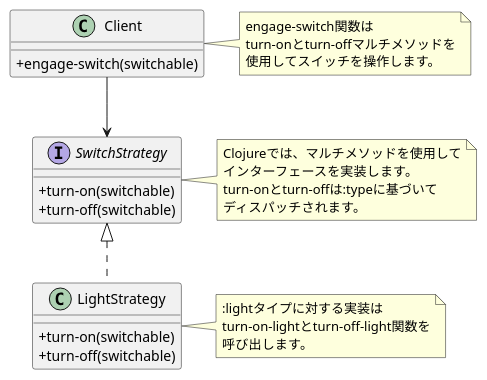
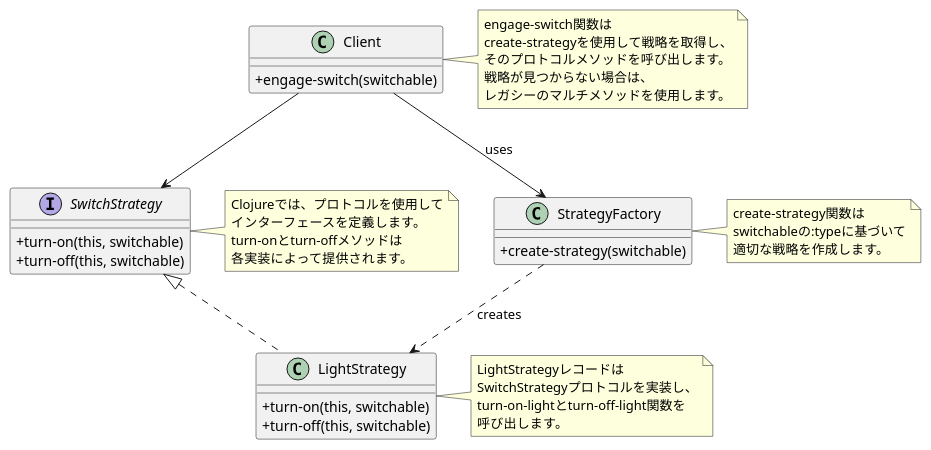
Before and after one commit to k2works/pragmatic-programing-exercise-2025: the first of 2 diagrams in app/design-pattern/README.md, drawn with PlantUML. The commit also changed other lines of this file and 3 other files, not shown here.

````diff
--- a/app/design-pattern/README.md
+++ b/app/design-pattern/README.md
@@ -39,41 +58,56 @@
 ```plantuml
 @startuml
 skinparam classAttributeIconSize 0
 
 interface "SwitchStrategy" as strategy {
-  +turn-on(switchable)
-  +turn-off(switchable)
+  +turn-on(this, switchable)
+  +turn-off(this, switchable)
 }
 
 class "LightStrategy" as light {
-  +turn-on(switchable)
-  +turn-off(switchable)
+  +turn-on(this, switchable)
+  +turn-off(this, switchable)
+}
+
+class "StrategyFactory" as factory {
+  +create-strategy(switchable)
 }
 
 class "Client" as client {
   +engage-switch(switchable)
 }
 
 strategy <|.. light
+factory ..> light : creates
 client --> strategy
+client --> factory : uses
 
 note right of strategy
-  Clojureでは、マルチメソッドを使用して
-  インターフェースを実装します。
-  turn-onとturn-offは:typeに基づいて
-  ディスパッチされます。
+  Clojureでは、プロトコルを使用して
+  インターフェースを定義します。
+  turn-onとturn-offメソッドは
+  各実装によって提供されます。
 end note
 
 note right of light
-  :lightタイプに対する実装は
+  LightStrategyレコードは
+  SwitchStrategyプロトコルを実装し、
   turn-on-lightとturn-off-light関数を
   呼び出します。
 end note
 
+note right of factory
+  create-strategy関数は
+  switchableの:typeに基づいて
+  適切な戦略を作成します。
+end note
+
 note right of client
   engage-switch関数は
-  turn-onとturn-offマルチメソッドを
-  使用してスイッチを操作します。
+  create-strategyを使用して戦略を取得し、
+  そのプロトコルメソッドを呼び出します。
+  戦略が見つからない場合は、
+  レガシーのマルチメソッドを使用します。
 end note
 @enduml
 ```
````
